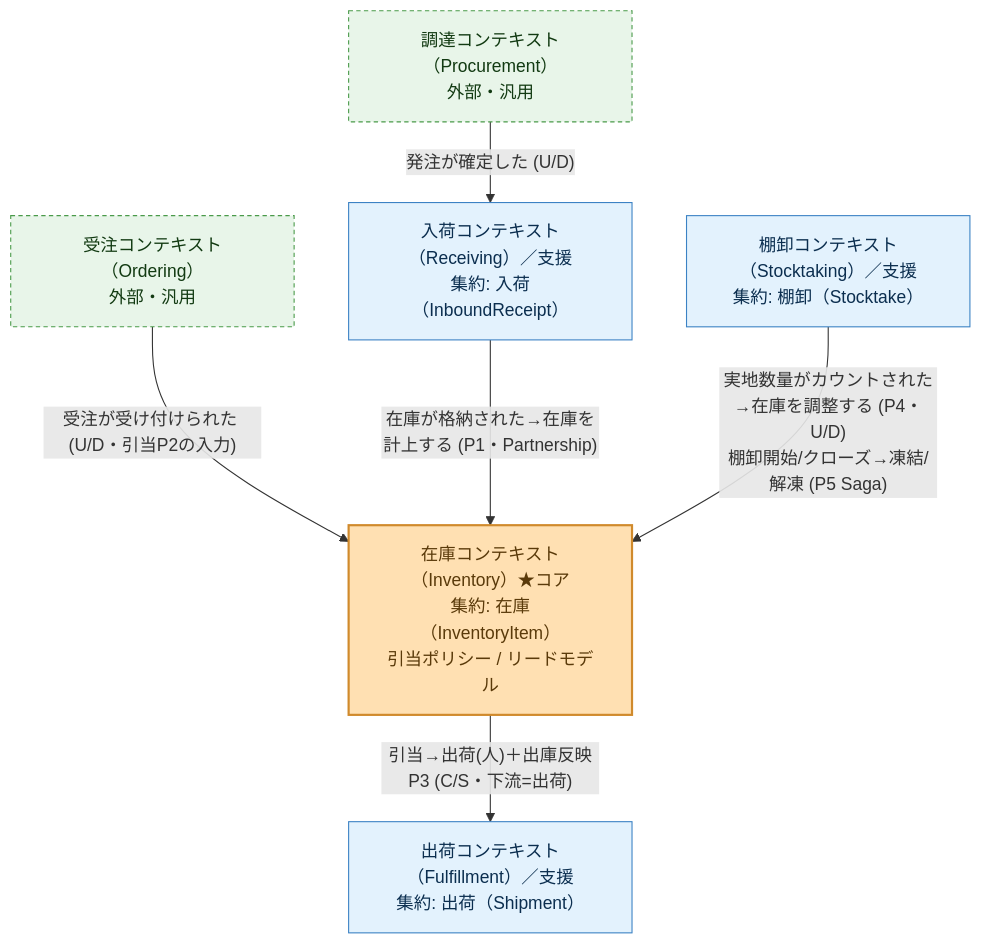
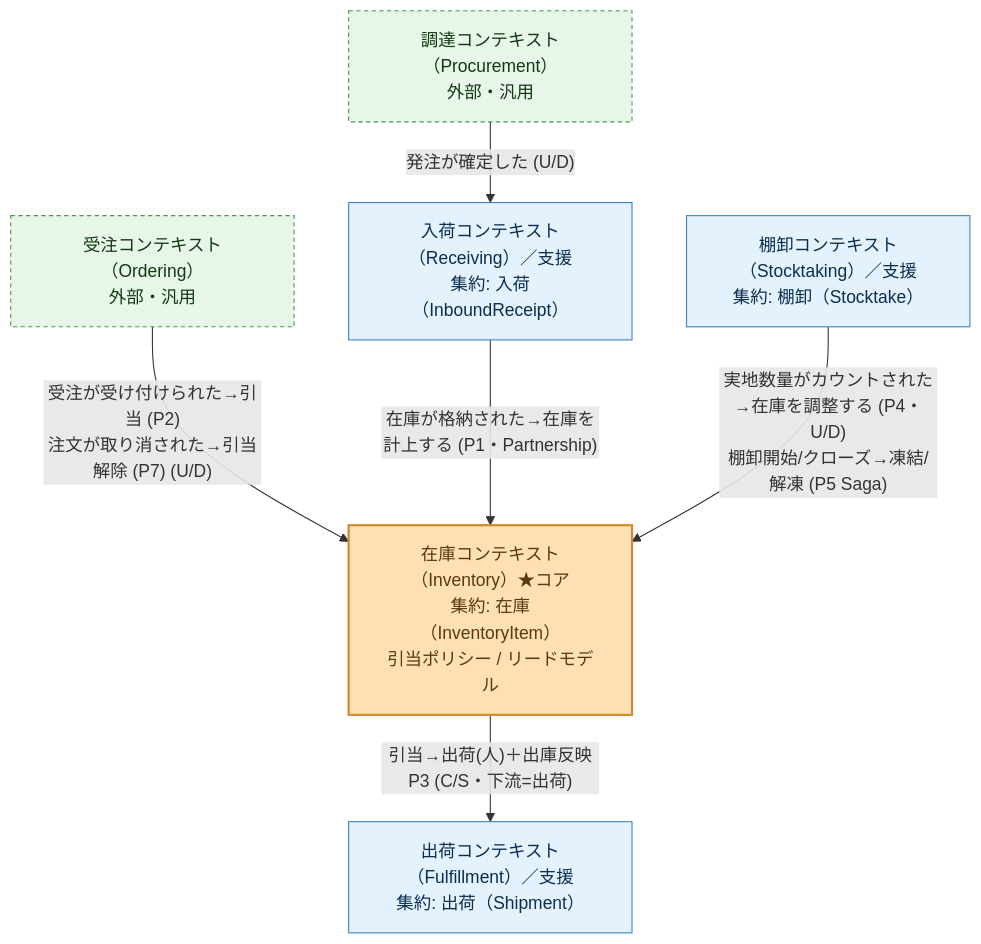
One commit to nenokido2000/event-sourcing-handson changed the diagram in docs/context-map.md. Above: the diagram before and after it, drawn with Mermaid. The commit also changed other lines of this file and 9 other files, not shown here.

````diff
--- a/docs/context-map.md
+++ b/docs/context-map.md
@@ -9,20 +9,20 @@
 ```mermaid
 graph TB
     classDef core fill:#ffe0b2,stroke:#d08a2c,color:#5a3a0a,stroke-width:2px;
     classDef support fill:#e3f2fd,stroke:#3b82c4,color:#0b2e4f;
     classDef external fill:#e8f5e9,stroke:#4a9a4a,color:#123a12,stroke-dasharray:4 3;
 
     PROC["調達コンテキスト（Procurement）<br/>外部・汎用"]:::external
     ORD["受注コンテキスト（Ordering）<br/>外部・汎用"]:::external
 
     RCV["入荷コンテキスト（Receiving）／支援<br/>集約: 入荷（InboundReceipt）"]:::support
     INV["在庫コンテキスト（Inventory）★コア<br/>集約: 在庫（InventoryItem）<br/>引当ポリシー / リードモデル"]:::core
     FUL["出荷コンテキスト（Fulfillment）／支援<br/>集約: 出荷（Shipment）"]:::support
     STK["棚卸コンテキスト（Stocktaking）／支援<br/>集約: 棚卸（Stocktake）"]:::support
 
     PROC -->|"発注が確定した (U/D)"| RCV
-    ORD -->|"受注が受け付けられた (U/D・引当P2の入力)"| INV
+    ORD -->|"受注が受け付けられた→引当 (P2)<br/>注文が取り消された→引当解除 (P7) (U/D)"| INV
     RCV -->|"在庫が格納された→在庫を計上する (P1・Partnership)"| INV
     INV -->|"引当→出荷(人)＋出庫反映P3 (C/S・下流=出荷)"| FUL
     STK -->|"実地数量がカウントされた→在庫を調整する (P4・U/D)<br/>棚卸開始/クローズ→凍結/解凍 (P5 Saga)"| INV
 ```
````
